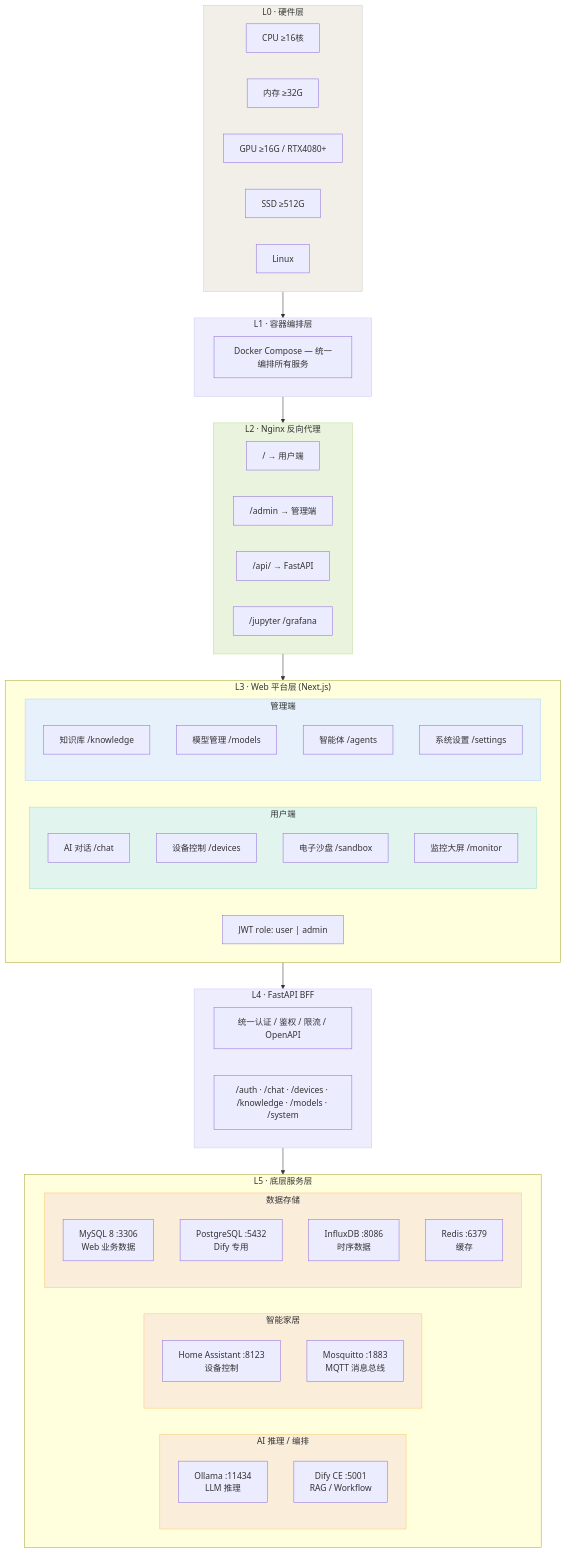
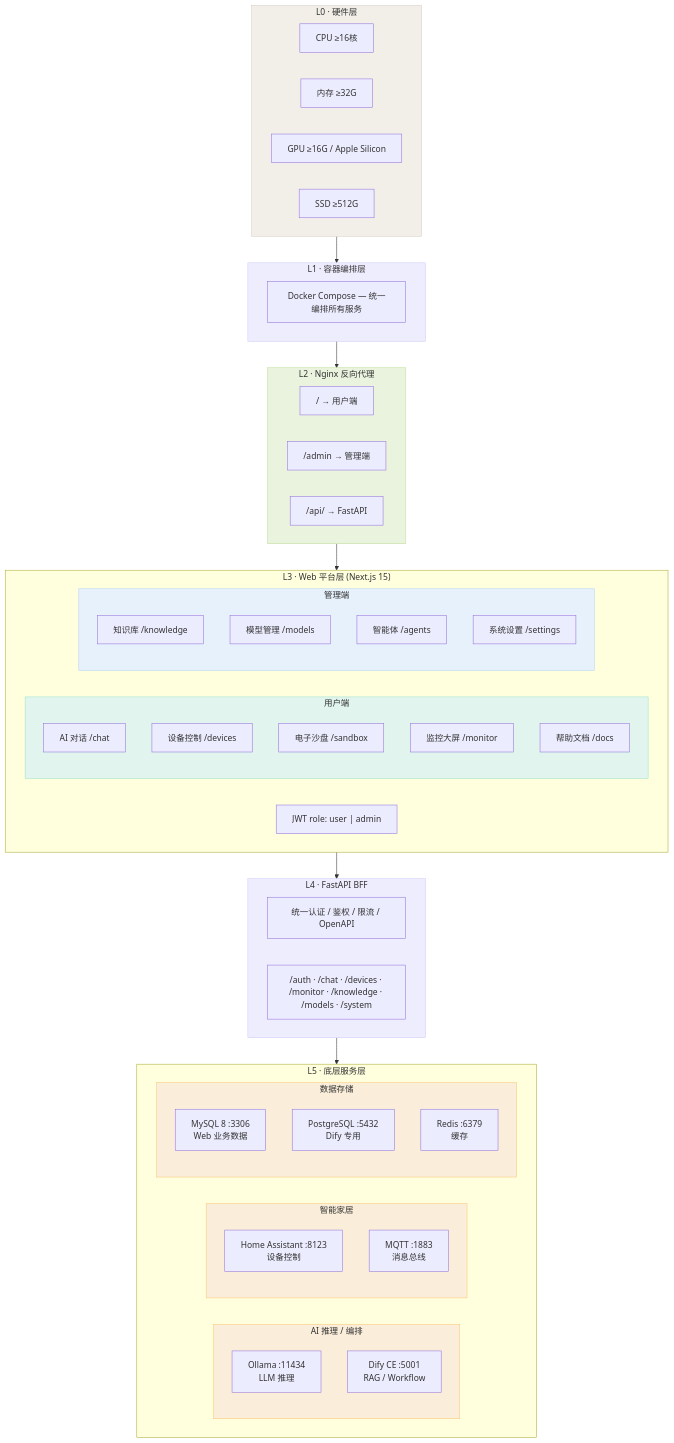
One commit to sospink/smart-home-ai changed the diagram in README.md. Above: the diagram before and after it, drawn with Mermaid. The commit also changed other lines of this file and 25 other files, not shown here.

````diff
--- a/README.md
+++ b/README.md
@@ -42,72 +45,70 @@
 ```mermaid
 graph TB
     subgraph L0["L0 · 硬件层"]
         HW1["CPU ≥16核"]
         HW2["内存 ≥32G"]
-        HW3["GPU ≥16G / RTX4080+"]
+        HW3["GPU ≥16G / Apple Silicon"]
         HW4["SSD ≥512G"]
-        HW5["Linux"]
     end
 
     subgraph L1["L1 · 容器编排层"]
         DC["Docker Compose — 统一编排所有服务"]
     end
 
     subgraph L2["L2 · Nginx 反向代理"]
         N1["/ → 用户端"]
         N2["/admin → 管理端"]
         N3["/api/ → FastAPI"]
-        N4["/jupyter /grafana"]
     end
 
-    subgraph L3["L3 · Web 平台层 (Next.js)"]
+    subgraph L3["L3 · Web 平台层 (Next.js 15)"]
         subgraph User["用户端"]
             U1["AI 对话 /chat"]
             U2["设备控制 /devices"]
             U3["电子沙盘 /sandbox"]
             U4["监控大屏 /monitor"]
+            U5["帮助文档 /docs"]
         end
         subgraph Admin["管理端"]
             A1["知识库 /knowledge"]
             A2["模型管理 /models"]
             A3["智能体 /agents"]
             A4["系统设置 /settings"]
         end
         JWT["JWT role: user | admin"]
     end
 
     subgraph L4["L4 · FastAPI BFF"]
         BFF["统一认证 / 鉴权 / 限流 / OpenAPI"]
-        Routes["/auth · /chat · /devices · /knowledge · /models · /system"]
+        Routes["/auth · /chat · /devices · /monitor · /knowledge · /models · /system"]
     end
 
     subgraph L5["L5 · 底层服务层"]
         subgraph AI["AI 推理 / 编排"]
             S1["Ollama :11434<br/>LLM 推理"]
             S2["Dify CE :5001<br/>RAG / Workflow"]
         end
         subgraph IoT["智能家居"]
             S3["Home Assistant :8123<br/>设备控制"]
-            S4["Mosquitto :1883<br/>MQTT 消息总线"]
+            S4["MQTT :1883<br/>消息总线"]
         end
         subgraph DB["数据存储"]
             S5["MySQL 8 :3306<br/>Web 业务数据"]
             S6["PostgreSQL :5432<br/>Dify 专用"]
-            S7["InfluxDB :8086<br/>时序数据"]
-            S8["Redis :6379<br/>缓存"]
+            S7["Redis :6379<br/>缓存"]
         end
     end
 
     L0 --> L1 --> L2 --> L3
     L3 --> L4 --> L5
 
     style L0 fill:#F1EFE8,stroke:#D3D1C7
     style L1 fill:#EEEDFE,stroke:#CECBF6
     style L2 fill:#EAF3DE,stroke:#C0DD97
     style User fill:#E1F5EE,stroke:#9FE1CB
     style Admin fill:#E6F1FB,stroke:#B5D4F4
     style L4 fill:#EEEDFE,stroke:#CECBF6
     style AI fill:#FAEEDA,stroke:#FAC775
     style IoT fill:#FAEEDA,stroke:#FAC775
     style DB fill:#FAEEDA,stroke:#FAC775
 ```
````
